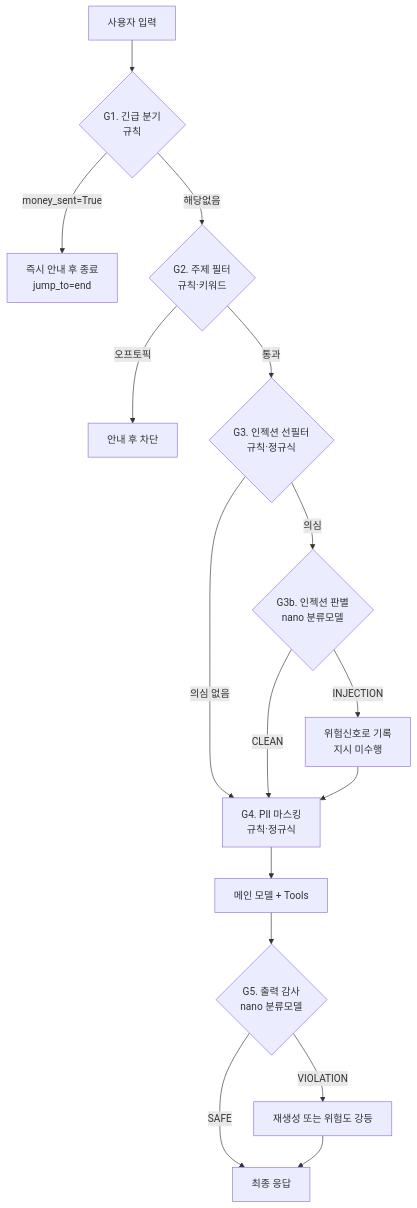
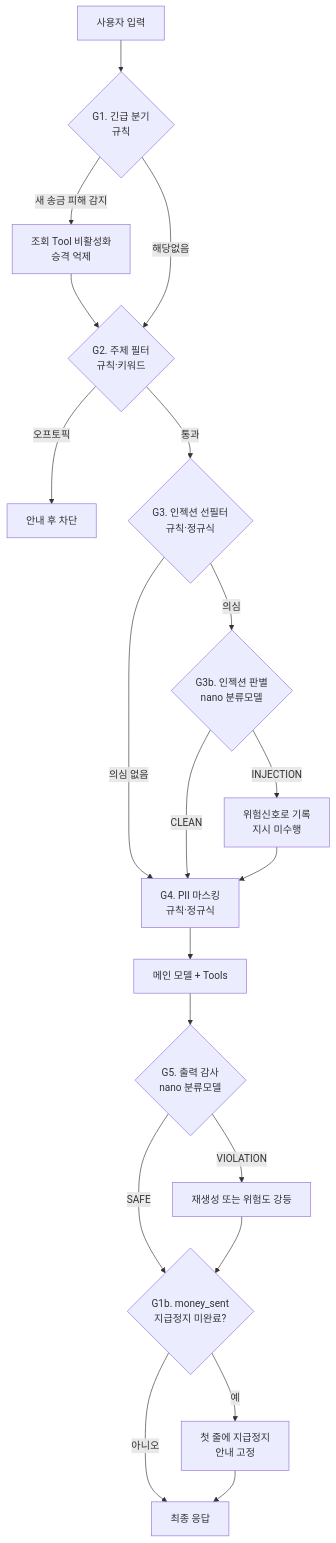
Before and after one commit to connandgo/UnHook: the diagram in docs/agent-design.md, drawn with Mermaid. The commit also changed other lines of this file, not shown here.

````diff
--- a/docs/agent-design.md
+++ b/docs/agent-design.md
@@ -346,18 +374,22 @@
 ```mermaid
 flowchart TD
   A[사용자 입력] --> B{G1. 긴급 분기<br/>규칙}
-  B -->|money_sent=True| Z[즉시 안내 후 종료<br/>jump_to=end]
+  B -->|새 송금 피해 감지| Z[조회 Tool 비활성화<br/>승격 억제]
+  Z --> C
   B -->|해당없음| C{G2. 주제 필터<br/>규칙·키워드}
   C -->|오프토픽| Y[안내 후 차단]
   C -->|통과| D{G3. 인젝션 선필터<br/>규칙·정규식}
   D -->|의심 없음| F
   D -->|의심| E{G3b. 인젝션 판별<br/>nano 분류모델}
   E -->|INJECTION| E2[위험신호로 기록<br/>지시 미수행]
   E -->|CLEAN| F
   E2 --> F
   F[G4. PII 마스킹<br/>규칙·정규식] --> G[메인 모델 + Tools]
   G --> H{G5. 출력 감사<br/>nano 분류모델}
   H -->|VIOLATION| I[재생성 또는 위험도 강등]
-  H -->|SAFE| J[최종 응답]
-  I --> J
+  H -->|SAFE| K
+  I --> K
+  K{G1b. money_sent<br/>지급정지 미완료?} -->|예| L[첫 줄에 지급정지<br/>안내 고정]
+  K -->|아니오| J[최종 응답]
+  L --> J
 ```
````
